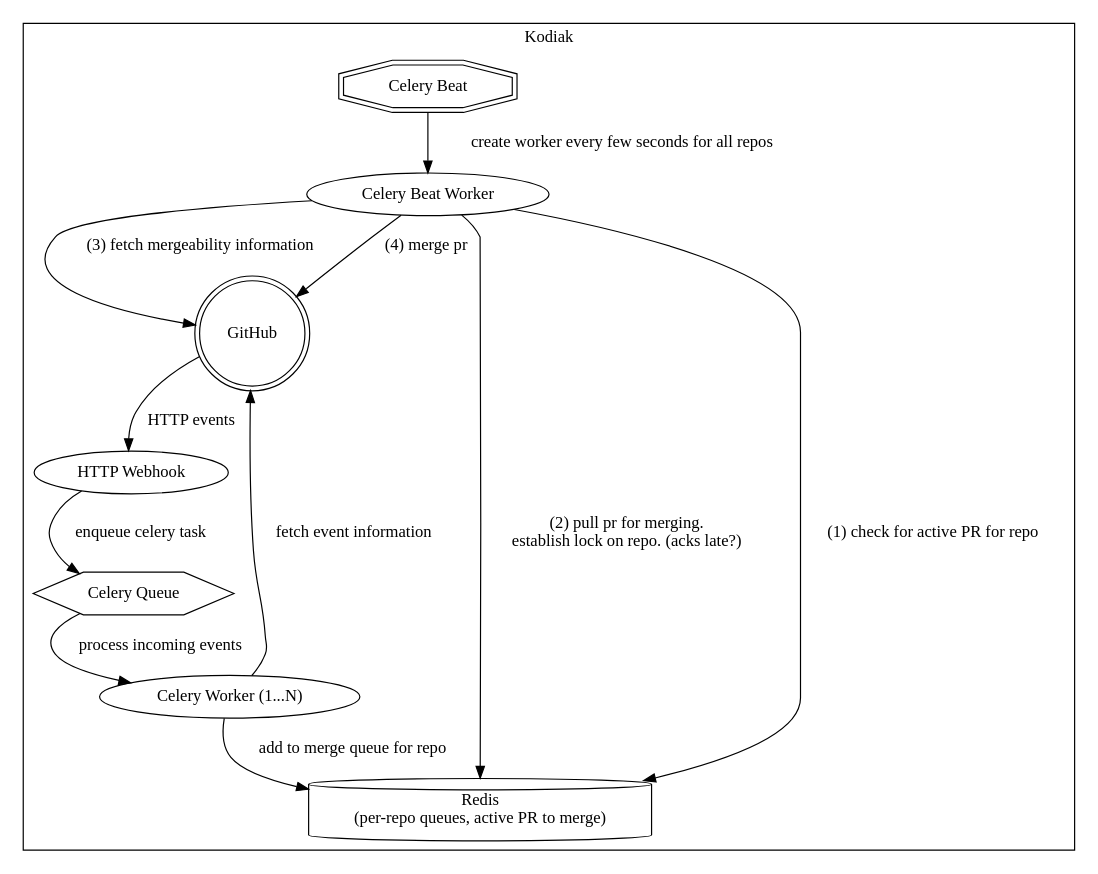
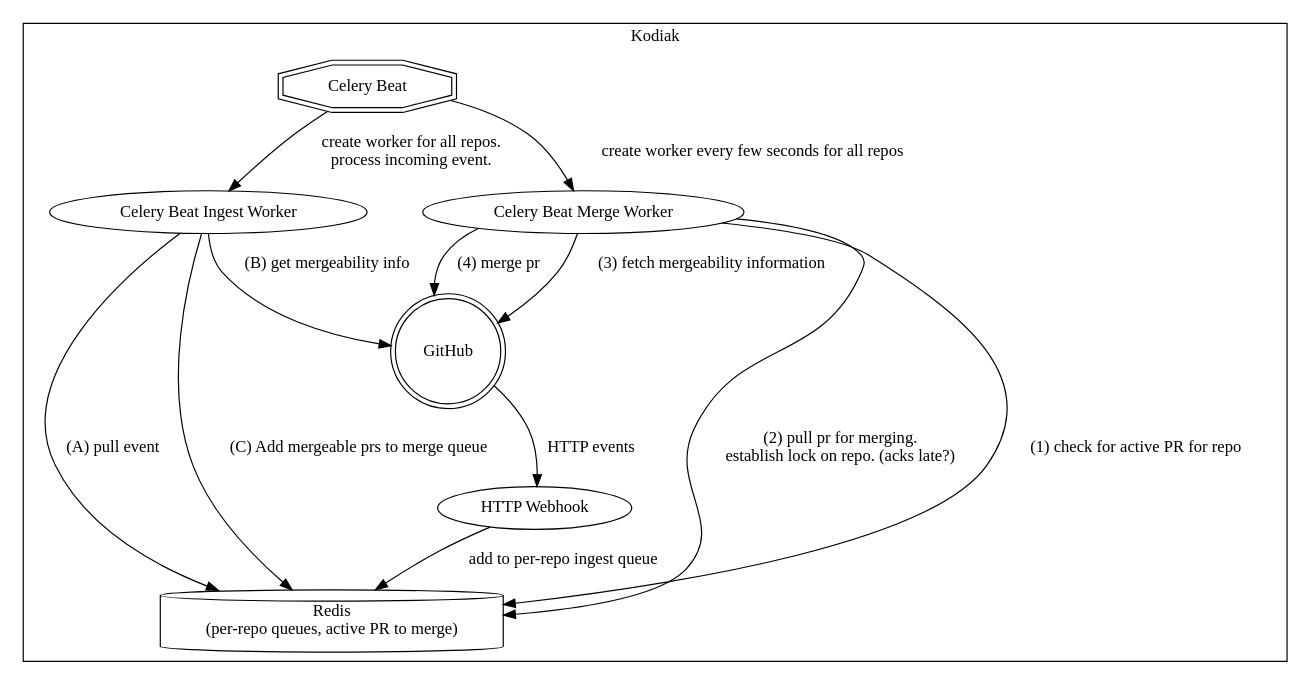
Before and after one commit to loadsmart/kodiak: the diagram in assets/design-celery.dot, drawn with Graphviz.

Commit message:
use more celery

```diff
--- a/assets/design-celery.dot
+++ b/assets/design-celery.dot
@@ -1,51 +1,52 @@
 digraph Kodiak {
 
   "GitHub"[shape=doublecircle]
 
   "GitHub" -> "HTTP Webhook"[label="HTTP events", weight=0]
   
   
   // NOTES
   // - Must lock per repo within celery job. If we use beat, we can just skip
   //   processing a queue if there is a lock
   // - How do we prevent deadlock for a repo? A job could take a lock and never finish?
   //   + We may be able to use the Redlock and extend the timeout as we process the job.
   // - In the cron job we take a lock on our repo, take first PR, process, update, and try to merge.
   // - Creating a celery job per webhook event may be too much. We probably want
   //
   
   
   // Non blocking solution
   // - the default celery idea would have a celery task running coninuously
   //   until a PR could be merged. We would update a PR, wait for status checks,
   //   looping at the same time. We can be more efficient!
   // - the better solution is to store an "active" merge item for a repo. When
   //   we process a repo queue, we'll move the first item into an "active" merge
   //   location. Instead of looping when we want to update and merge a PR, we'll
   //   check this location, letting the celery cron jobs to the looping!
 
 
   subgraph cluster_kodiak {
     label = "Kodiak"
 
-    "HTTP Webhook" -> Celery [label="enqueue celery task", weight=0]
-    Celery [shape=hexagon, label="Celery Queue"]
-    
-    "Celery Worker" [label="Celery Worker (1...N)"]
-    "Celery" -> "Celery Worker" [label="process incoming events"]
-    "Celery Worker" -> "GitHub"[label="fetch event information"]
-    "Celery Worker" -> Redis[label="add to merge queue for repo"]
+    "HTTP Webhook" -> Redis [label="add to per-repo ingest queue", weight=0]
     
     "Celery Beat" [shape=doubleoctagon]
+
+    CBIngest [label="Celery Beat Ingest Worker"]
+    "Celery Beat" -> CBIngest [label="create worker for all repos.\nprocess incoming event."]
+    CBIngest -> Redis [label="(A) pull event"]
+    CBIngest -> GitHub [label="(B) get mergeability info"]
+    CBIngest -> Redis [label="(C) Add mergeable prs to merge queue"]
     
+    "Celery Beat Worker" [label="Celery Beat Merge Worker"]
     "Celery Beat" -> "Celery Beat Worker" [label="create worker every few seconds for all repos"]
     "Celery Beat Worker" -> "Redis" [label="(2) pull pr for merging.\nestablish lock on repo. (acks late?)"]
     "Celery Beat Worker" -> Redis [label="(1) check for active PR for repo"]
     "Celery Beat Worker" -> "GitHub" [label="(3) fetch mergeability information"]
     "Celery Beat Worker" -> "GitHub" [label="(4) merge pr"]
     
     Redis [shape=cylinder, label="Redis \n(per-repo queues, active PR to merge)"]
 
   }
 
 }
```
